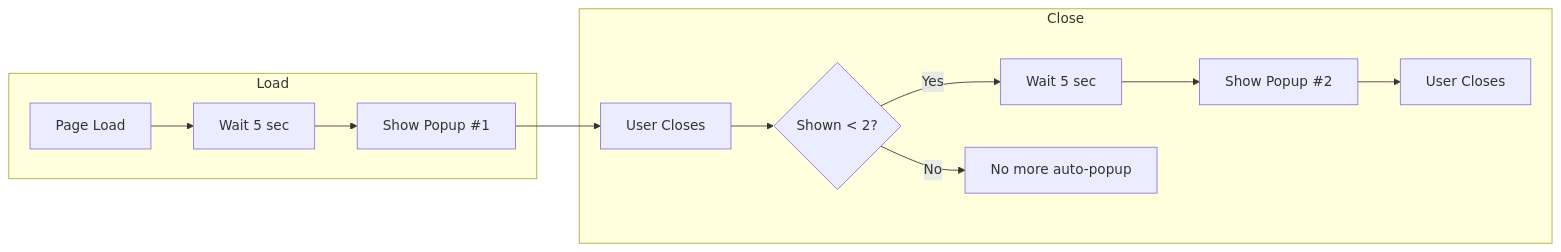
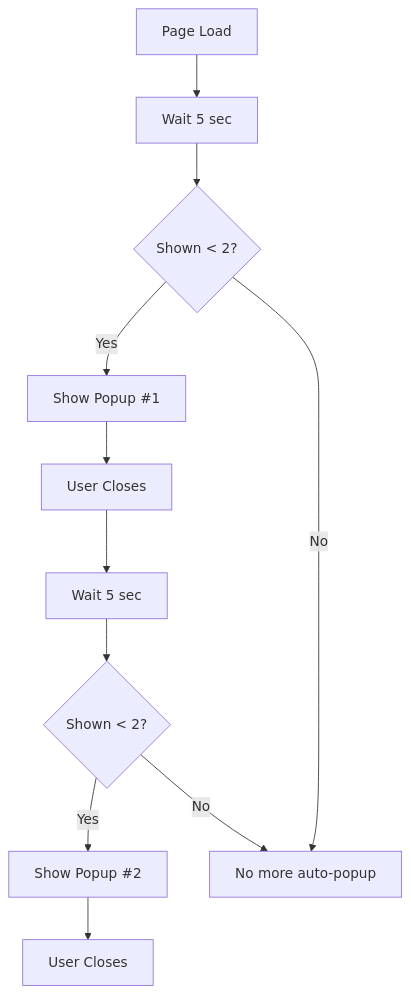
The third of 7 diagrams in README.md (manishg1808/geek), drawn with Mermaid before and after one commit. The commit also changed other lines of this file and 7 other files, not shown here.

````diff
--- a/README.md
+++ b/README.md
@@ -58,15 +107,13 @@
 ```mermaid
-flowchart LR
-    subgraph Load
-        A[Page Load] --> B[Wait 5 sec]
-        B --> C[Show Popup #1]
-    end
-    subgraph Close
-        C --> D[User Closes]
-        D --> E{Shown < 2?}
-        E -->|Yes| F[Wait 5 sec]
-        F --> G[Show Popup #2]
-        G --> H[User Closes]
-        E -->|No| I[No more auto-popup]
-    end
+flowchart TB
+    A[Page Load] --> B[Wait 5 sec]
+    B --> C{Shown < 2?}
+    C -->|Yes| D[Show Popup #1]
+    D --> E[User Closes]
+    E --> F[Wait 5 sec]
+    F --> G{Shown < 2?}
+    G -->|Yes| H[Show Popup #2]
+    H --> I[User Closes]
+    G -->|No| J[No more auto-popup]
+    C -->|No| J
 ```
````
